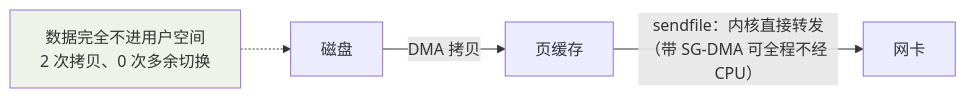
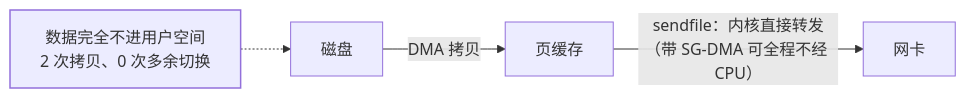
The third of 4 diagrams in src/content/docs/rocketmq/advanced/core/02-order-performance.md (Loadhao/ascension), drawn with Mermaid before and after one commit. The commit also changed other lines of this file and 87 other files, not shown here.

First line of the commit message:
fix: 全站图表配色改由主题接管，修复暗色主题下浅底浅字看不清

````diff
--- a/src/content/docs/rocketmq/advanced/core/02-order-performance.md
+++ b/src/content/docs/rocketmq/advanced/core/02-order-performance.md
@@ -66,8 +68,9 @@
 ```mermaid
 flowchart LR
     D["磁盘"] -->|DMA 拷贝| PC["页缓存"]
     PC -->|"sendfile：内核直接转发<br/>（带 SG-DMA 可全程不经 CPU）"| N["网卡"]
     N2["数据完全不进用户空间<br/>2 次拷贝、0 次多余切换"] -.-> D
 
-    style N2 fill:#eef3ea
+    class N2 good
+    classDef good stroke-width:1.5px
 ```
````
